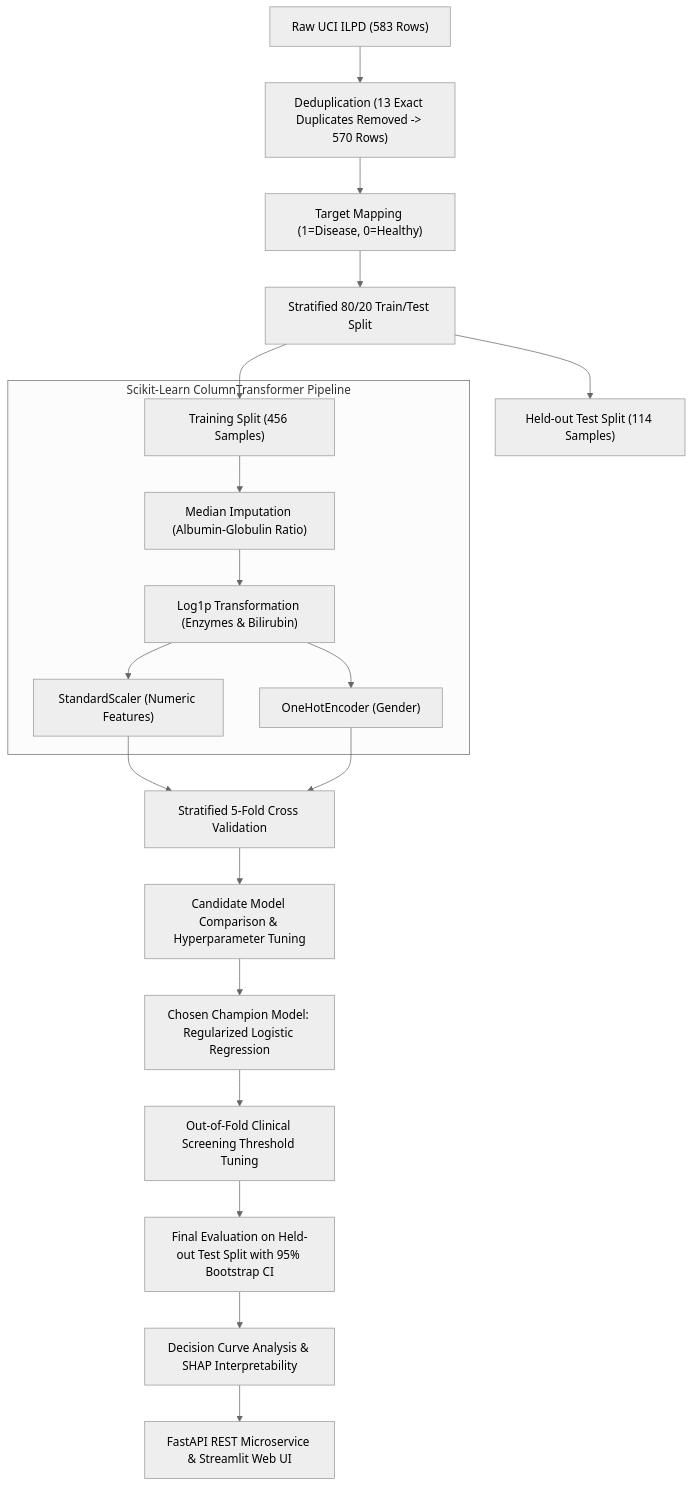
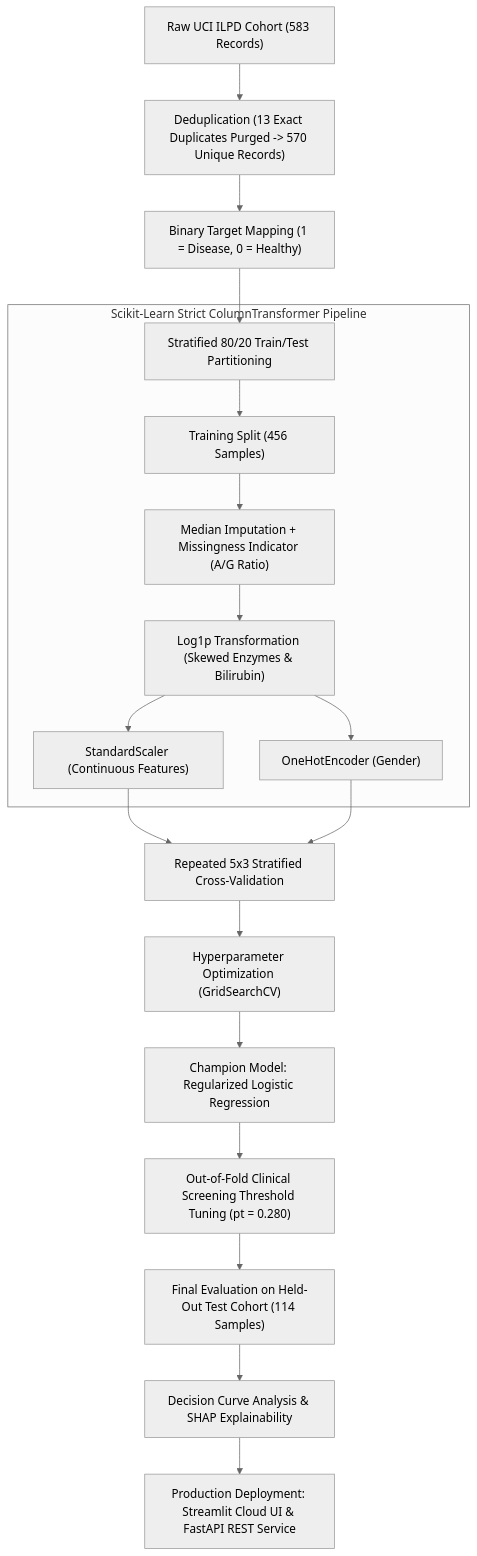
Before and after one commit to simnexis/liver-disease-prediction: the diagram in README.md, drawn with Mermaid (neutral theme). The commit also changed other lines of this file and 1 other file, not shown here.

````diff
--- a/README.md
+++ b/README.md
@@ -39,24 +67,23 @@
 ```mermaid
 graph TD
-    A["Raw UCI ILPD (583 Rows)"] --> B["Deduplication (13 Exact Duplicates Removed -> 570 Rows)"]
-    B --> C["Target Mapping (1=Disease, 0=Healthy)"]
-    C --> D["Stratified 80/20 Train/Test Split"]
-    D --> E["Training Split (456 Samples)"]
-    D --> F["Held-out Test Split (114 Samples)"]
+    A["Raw UCI ILPD Cohort (583 Records)"] --> B["Deduplication (13 Exact Duplicates Purged -> 570 Unique Records)"]
+    B --> C["Binary Target Mapping (1 = Disease, 0 = Healthy)"]
+    C --> D["Stratified 80/20 Train/Test Partitioning"]
     
-    subgraph "Scikit-Learn ColumnTransformer Pipeline"
-        E --> G["Median Imputation (Albumin-Globulin Ratio)"]
-        G --> H["Log1p Transformation (Enzymes & Bilirubin)"]
-        H --> I["StandardScaler (Numeric Features)"]
-        H --> J["OneHotEncoder (Gender)"]
+    subgraph "Scikit-Learn Strict ColumnTransformer Pipeline"
+        D --> E["Training Split (456 Samples)"]
+        E --> F["Median Imputation + Missingness Indicator (A/G Ratio)"]
+        F --> G["Log1p Transformation (Skewed Enzymes & Bilirubin)"]
+        G --> H["StandardScaler (Continuous Features)"]
+        G --> I["OneHotEncoder (Gender)"]
     end
     
-    I --> K["Stratified 5-Fold Cross Validation"]
-    J --> K
-    K --> L["Candidate Model Comparison & Hyperparameter Tuning"]
-    L --> M["Chosen Champion Model: Regularized Logistic Regression"]
-    M --> N["Out-of-Fold Clinical Screening Threshold Tuning"]
-    N --> O["Final Evaluation on Held-out Test Split with 95% Bootstrap CI"]
-    O --> P["Decision Curve Analysis & SHAP Interpretability"]
-    P --> Q["FastAPI REST Microservice & Streamlit Web UI"]
+    H --> J["Repeated 5x3 Stratified Cross-Validation"]
+    I --> J
+    J --> K["Hyperparameter Optimization (GridSearchCV)"]
+    K --> L["Champion Model: Regularized Logistic Regression"]
+    L --> M["Out-of-Fold Clinical Screening Threshold Tuning (pt = 0.280)"]
+    M --> N["Final Evaluation on Held-Out Test Cohort (114 Samples)"]
+    N --> O["Decision Curve Analysis & SHAP Explainability"]
+    O --> P["Production Deployment: Streamlit Cloud UI & FastAPI REST Service"]
 ```
````
